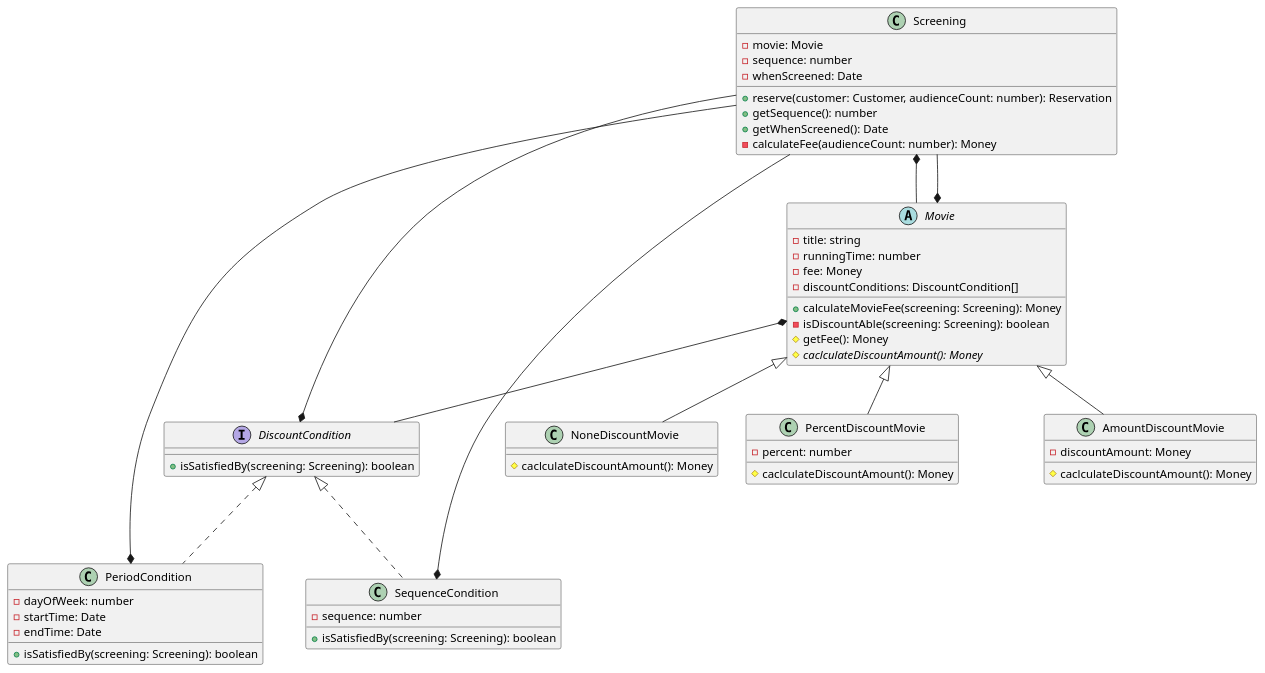
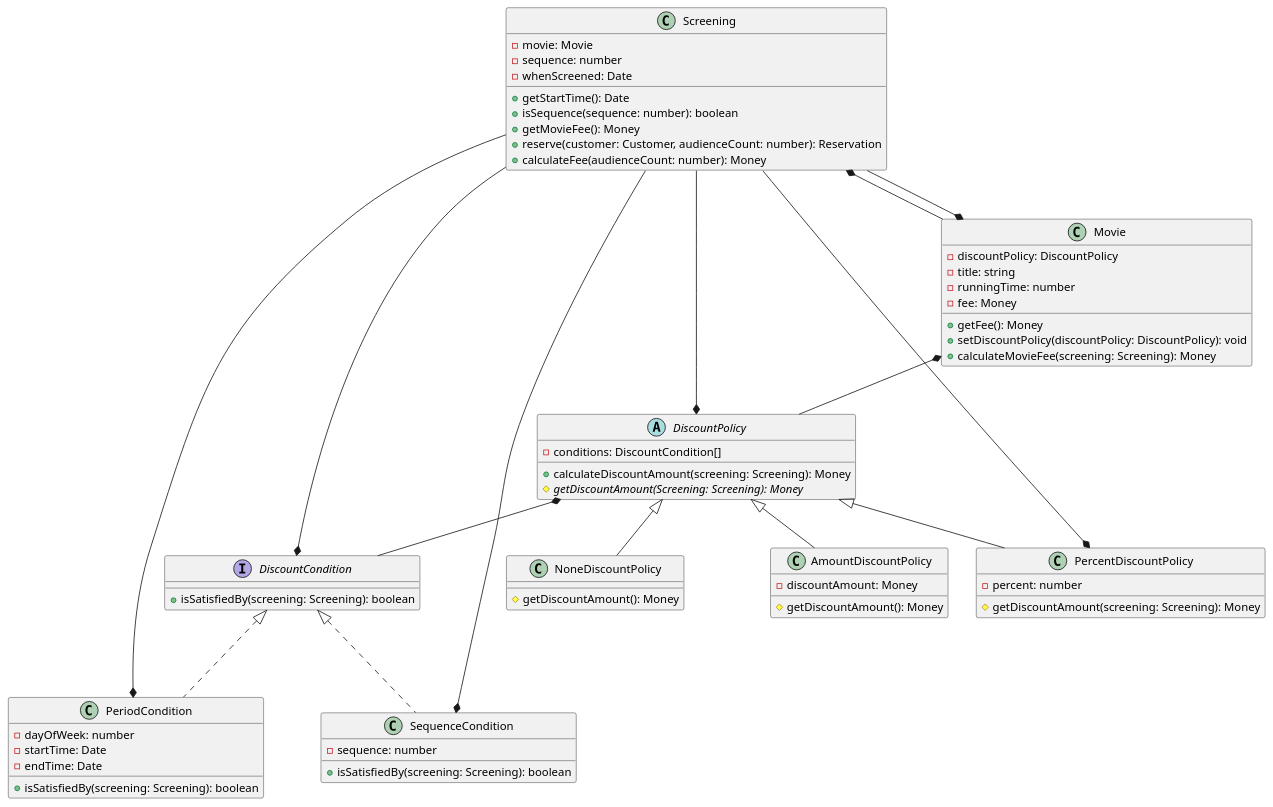
The diagram in chapter5/tplant.puml (vomvoru/object-study), drawn with PlantUML before and after one commit. The commit also changed 17 other files, not shown here.

```diff
--- a/chapter5/tplant.puml
+++ b/chapter5/tplant.puml
@@ -1,82 +1,94 @@
 @startuml
+class Customer {
+    -name: string
+    -id: string
+}
 class Money {
     -amount: number
     +plus(amount: Money): Money
     +minus(amount: Money): Money
     +times(percent: number): Money
     +isLessThan(other: Money): boolean
     +isGreaterThanOrEqual(other: Money): boolean
     +{static} ZERO: Money
     +{static} wons(amount: number): Money
 }
-class Customer
+abstract class DiscountPolicy {
+    -conditions: DiscountCondition[]
+    +calculateDiscountAmount(screening: Screening): Money
+    #{abstract} getDiscountAmount(Screening: Screening): Money
+}
+class Movie {
+    -discountPolicy: DiscountPolicy
+    -title: string
+    -runningTime: number
+    -fee: Money
+    +getFee(): Money
+    +setDiscountPolicy(discountPolicy: DiscountPolicy): void
+    +calculateMovieFee(screening: Screening): Money
+}
 class Reservation {
     -customer: Customer
     -screening: Screening
     -fee: Money
     -audienceCount: number
 }
-abstract class Movie {
-    -title: string
-    -runningTime: number
-    -fee: Money
-    -discountConditions: DiscountCondition[]
-    +calculateMovieFee(screening: Screening): Money
-    -isDiscountAble(screening: Screening): boolean
-    #getFee(): Money
-    #{abstract} caclculateDiscountAmount(): Money
-}
 class Screening {
     -movie: Movie
     -sequence: number
     -whenScreened: Date
+    +getStartTime(): Date
+    +isSequence(sequence: number): boolean
+    +getMovieFee(): Money
     +reserve(customer: Customer, audienceCount: number): Reservation
-    +getSequence(): number
-    +getWhenScreened(): Date
-    -calculateFee(audienceCount: number): Money
+    +calculateFee(audienceCount: number): Money
 }
 interface DiscountCondition {
     +isSatisfiedBy(screening: Screening): boolean
 }
-class AmountDiscountMovie extends Movie {
+class AmountDiscountPolicy extends DiscountPolicy {
     -discountAmount: Money
-    #caclculateDiscountAmount(): Money
+    #getDiscountAmount(): Money
 }
-class NoneDiscountMovie extends Movie {
-    #caclculateDiscountAmount(): Money
+class NoneDiscountPolicy extends DiscountPolicy {
+    #getDiscountAmount(): Money
 }
-class PercentDiscountMovie extends Movie {
+class PercentDiscountPolicy extends DiscountPolicy {
     -percent: number
-    #caclculateDiscountAmount(): Money
+    #getDiscountAmount(screening: Screening): Money
 }
 class PeriodCondition implements DiscountCondition {
     -dayOfWeek: number
     -startTime: Date
     -endTime: Date
     +isSatisfiedBy(screening: Screening): boolean
 }
 class SequenceCondition implements DiscountCondition {
     -sequence: number
     +isSatisfiedBy(screening: Screening): boolean
 }
+DiscountPolicy *-- DiscountCondition
+DiscountPolicy *-- Screening
+DiscountPolicy *-- Money
+Movie *-- DiscountPolicy
+Movie *-- Money
+Movie *-- Screening
 Reservation *-- Customer
 Reservation *-- Screening
 Reservation *-- Money
-Movie *-- Money
-Movie *-- DiscountCondition
-Movie *-- Screening
 Screening *-- Movie
+Screening *-- Money
 Screening *-- Customer
 Screening *-- Reservation
-Screening *-- Money
 DiscountCondition *-- Screening
-AmountDiscountMovie *-- Money
-NoneDiscountMovie *-- Money
-PercentDiscountMovie *-- Money
+AmountDiscountPolicy *-- Money
+NoneDiscountPolicy *-- Money
+PercentDiscountPolicy *-- Screening
+PercentDiscountPolicy *-- Money
 PeriodCondition *-- Screening
 SequenceCondition *-- Screening
 
 hide Money
 hide Customer
 hide Reservation
 @enduml
```
